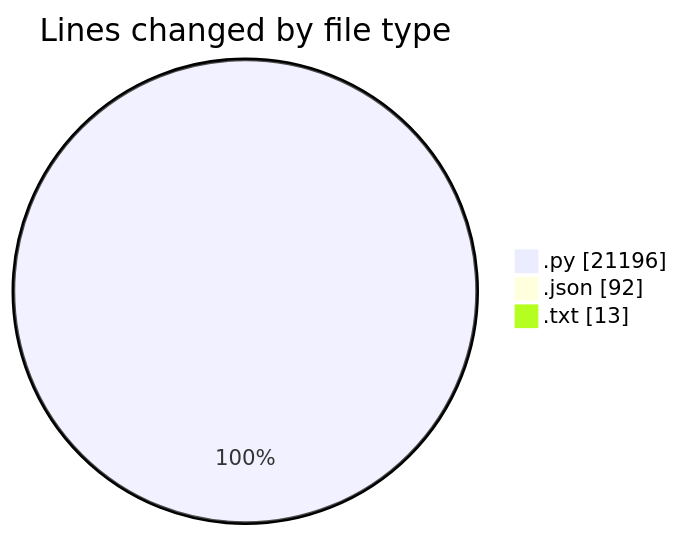
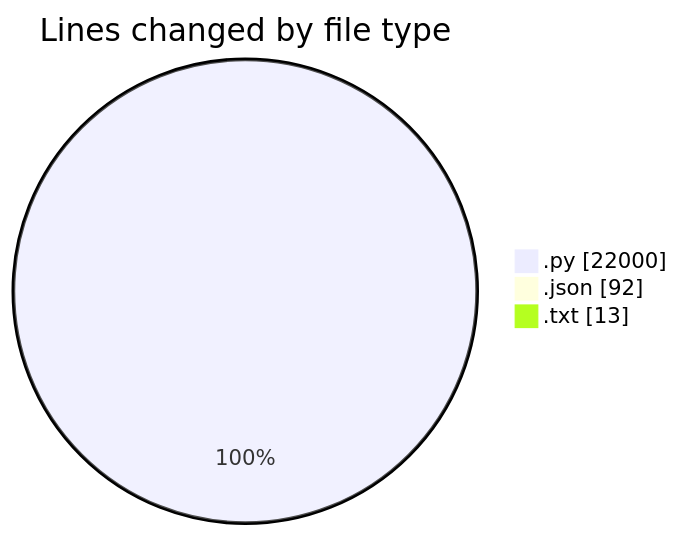
The first of 2 diagrams in 2025-07-13/telebot/README.md (jrari/code-tracking), drawn with Mermaid before and after one commit. The commit also changed other lines of this file and 1 other file, not shown here.

````diff
--- a/2025-07-13/telebot/README.md
+++ b/2025-07-13/telebot/README.md
@@ -55,7 +56,7 @@
 ```mermaid
 pie showData
 title Lines changed by file type
-".py" : 21196
+".py" : 22000
 ".json" : 92
 ".txt" : 13
 ```
````
